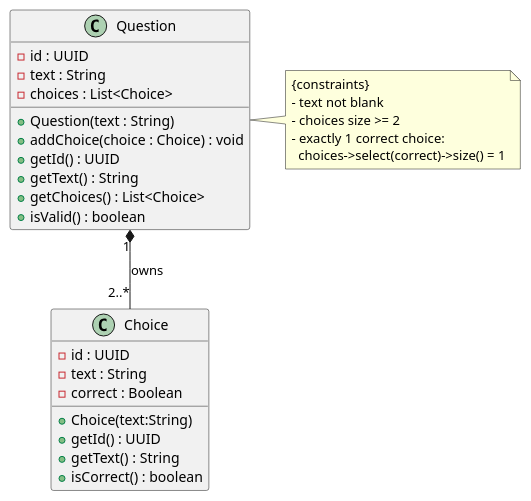
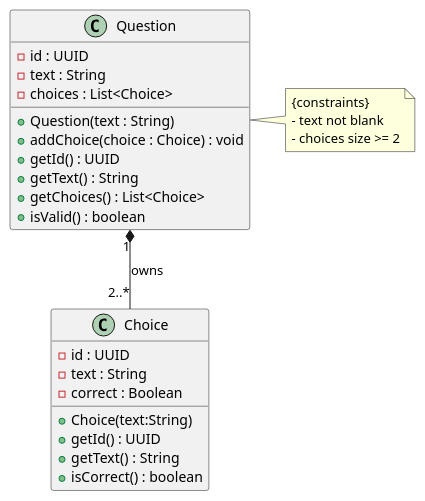
The diagram in quizmaker-doc/modules/ROOT/examples/question-choice.puml (mhammadnoor13/quizmaker), drawn with PlantUML before and after one commit. The commit also changed 13 other files, not shown here.

```diff
--- a/quizmaker-doc/modules/ROOT/examples/question-choice.puml
+++ b/quizmaker-doc/modules/ROOT/examples/question-choice.puml
@@ -1,35 +1,33 @@
 @startuml
 
 class Question{
   - id : UUID
   - text : String
   - choices : List<Choice>
   + Question(text : String)
   + addChoice(choice : Choice) : void
   + getId() : UUID
   + getText() : String
   + getChoices() : List<Choice>
   + isValid() : boolean
   }
 
 class Choice{
   - id : UUID
   - text : String
   - correct : Boolean
   + Choice(text:String)
   + getId() : UUID
   + getText() : String
   + isCorrect() : boolean
   }
 
 Question "1" *-- "2..*" Choice : owns
 
 note right of Question
 {constraints}
 - text not blank
 - choices size >= 2
-- exactly 1 correct choice:
-  choices->select(correct)->size() = 1
 end note
 
 @enduml
```
